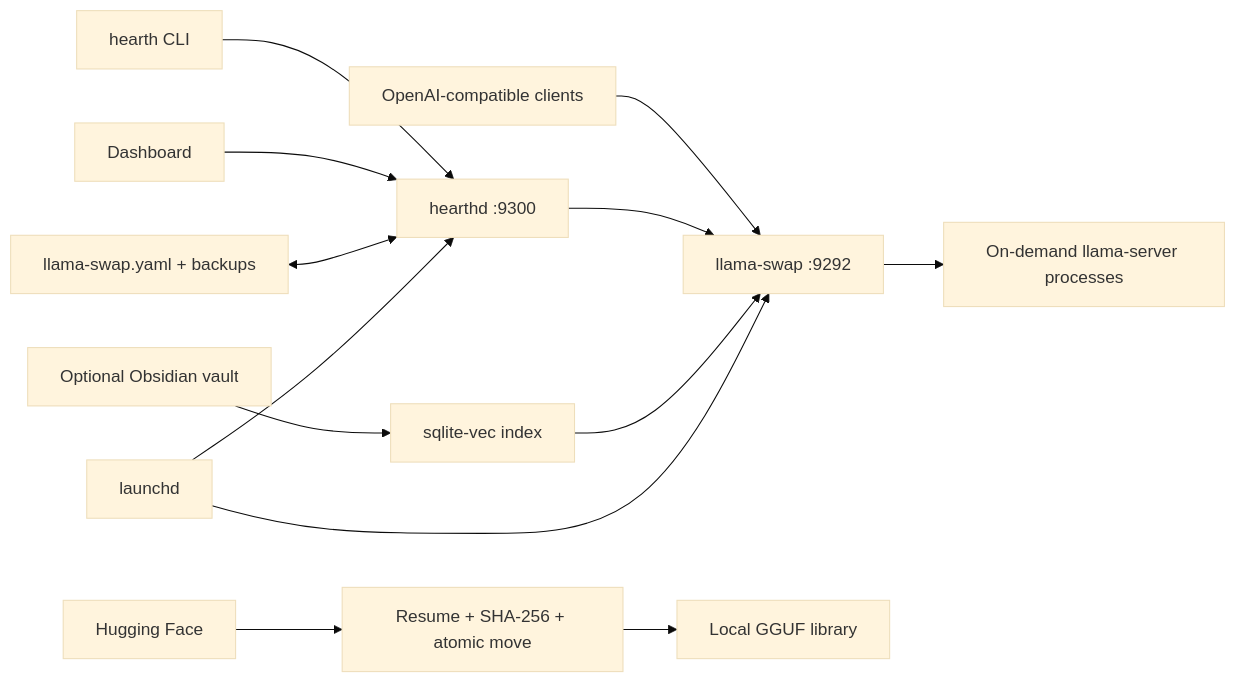
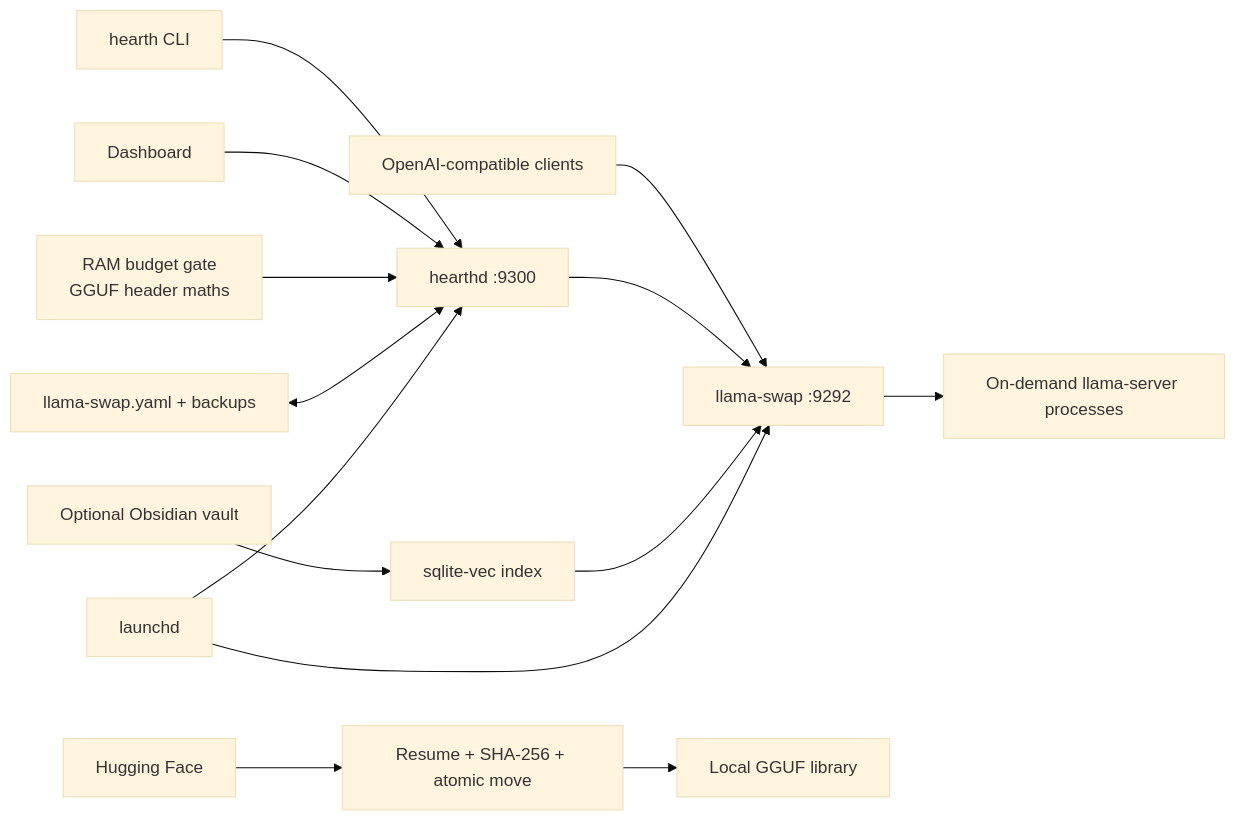
One commit to JesusMonjeGonzalez/hearthia changed the diagram in README.md. Above: the diagram before and after it, drawn with Mermaid (base theme). The commit also changed other lines of this file and 14 other files, not shown here.

````diff
--- a/README.md
+++ b/README.md
@@ -54,15 +109,16 @@
 ```mermaid
 flowchart LR
     Clients[OpenAI-compatible clients] --> Gateway[llama-swap :9292]
     CLI[hearth CLI] --> Daemon[hearthd :9300]
     UI[Dashboard] --> Daemon
     Daemon --> Gateway
+    Budget[RAM budget gate<br>GGUF header maths] --> Daemon
     Gateway --> Models[On-demand llama-server processes]
     Registry[llama-swap.yaml + backups] <--> Daemon
     HF[Hugging Face] --> Downloads[Resume + SHA-256 + atomic move]
     Downloads --> ModelsDir[Local GGUF library]
     Vault[Optional Obsidian vault] --> Index[sqlite-vec index]
     Index --> Gateway
     Launchd[launchd] --> Gateway
     Launchd --> Daemon
 ```
````
